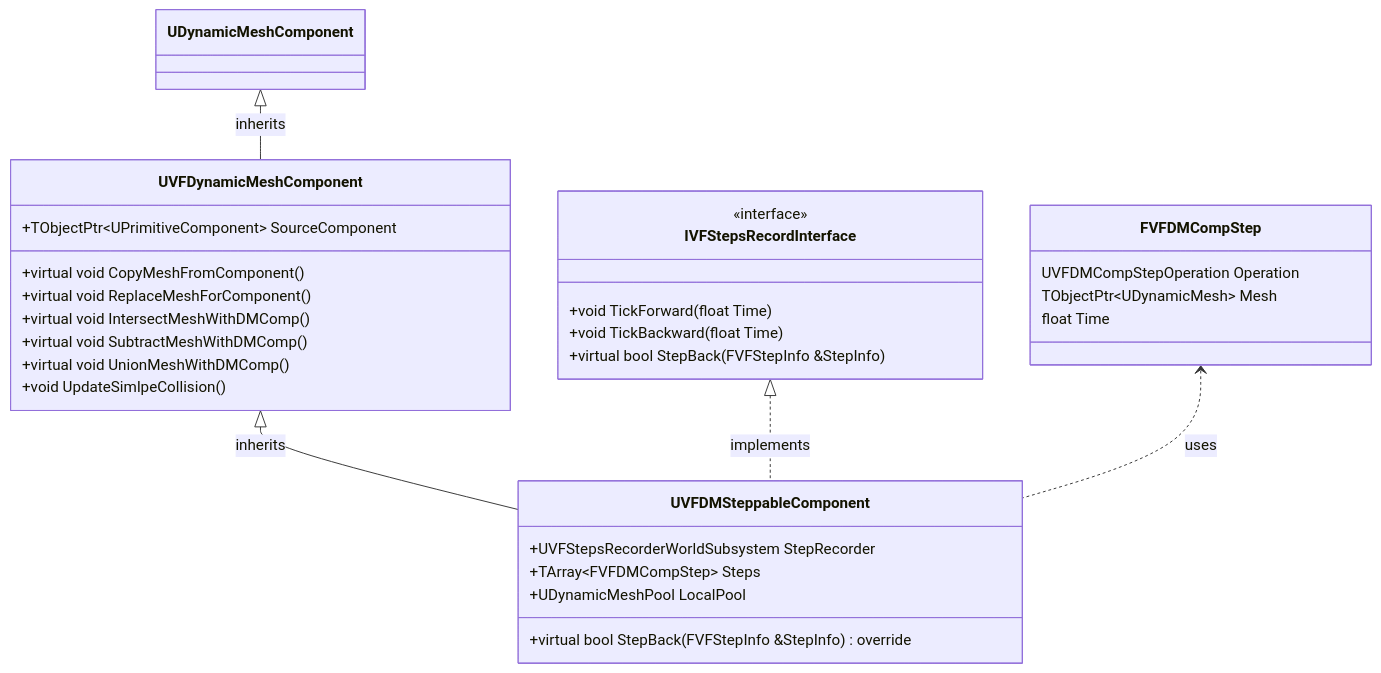
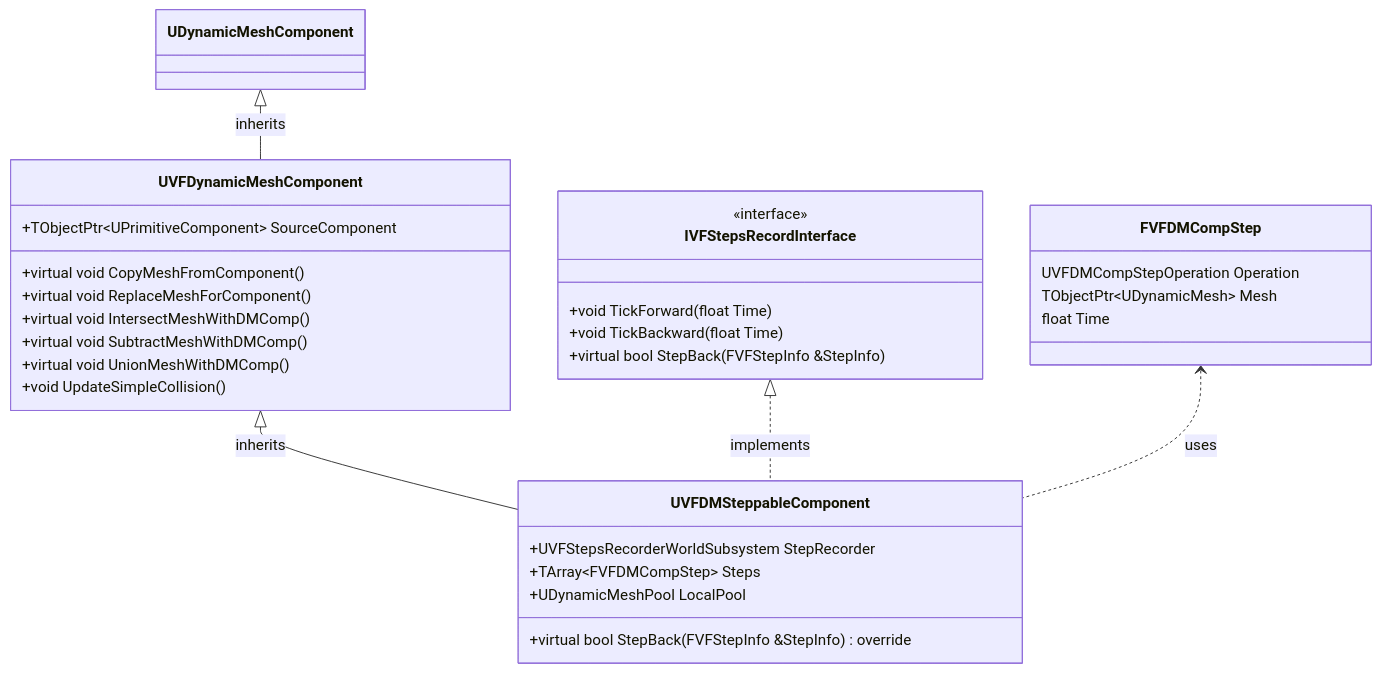
The third of 9 diagrams in README.md (StrangeDS/ViewFinderRe), drawn with Mermaid before and after one commit. The commit also changed other lines of this file and 53 other files, not shown here.

Commit message:
修复拼写错误 源代码, 本地化, 图片, 模块名更正等 AI(iFlow)协助

````diff
--- a/README.md
+++ b/README.md
@@ -1097,39 +1097,39 @@
 ```mermaid
 classDiagram
     class UVFDynamicMeshComponent {
       +TObjectPtr~UPrimitiveComponent~ SourceComponent
 
       +virtual void CopyMeshFromComponent()
       +virtual void ReplaceMeshForComponent()
       +virtual void IntersectMeshWithDMComp()
       +virtual void SubtractMeshWithDMComp()
       +virtual void UnionMeshWithDMComp()
-      +void UpdateSimlpeCollision()
+      +void UpdateSimpleCollision()
     }
 
     class IVFStepsRecordInterface {
       <<interface>>
       +void TickForward(float Time)
       +void TickBackward(float Time)
       +virtual bool StepBack(FVFStepInfo &StepInfo)
     }
 
     class FVFDMCompStep {
       UVFDMCompStepOperation Operation
       TObjectPtr~UDynamicMesh~ Mesh
       float Time
     }
 
     class UVFDMSteppableComponent {
       +UVFStepsRecorderWorldSubsystem StepRecorder
       +TArray~FVFDMCompStep~ Steps
       +UDynamicMeshPool LocalPool
 
       +virtual bool StepBack(FVFStepInfo &StepInfo) override
     }
 
     UDynamicMeshComponent <|-- UVFDynamicMeshComponent: inherits
     UVFDynamicMeshComponent <|-- UVFDMSteppableComponent: inherits
     IVFStepsRecordInterface <|.. UVFDMSteppableComponent: implements
     FVFDMCompStep <.. UVFDMSteppableComponent: uses
 ```
````
